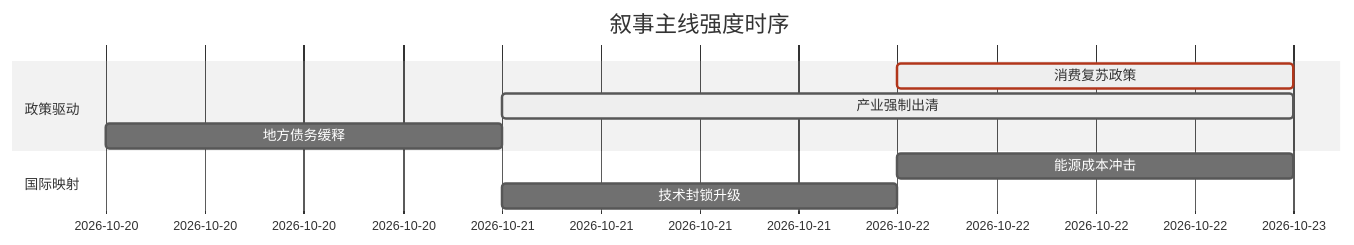
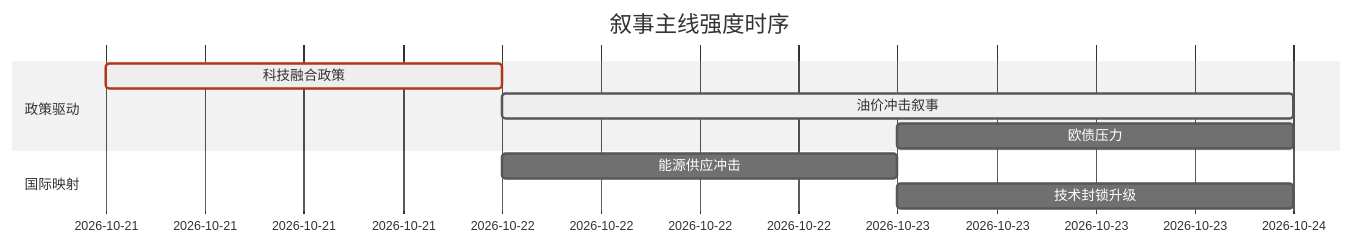
The diagram in 5day_report.md (uu5zn/uu5zn.github.io), drawn with Mermaid (neutral theme) before and after one commit. The commit also changed other lines of this file and 23 other files, not shown here.

````diff
--- a/5day_report.md
+++ b/5day_report.md
@@ -43,13 +49,13 @@
 ```mermaid
 gantt
     title 叙事主线强度时序
     dateFormat  YYYY-MM-DD
     section 政策驱动
-    消费复苏政策   :crit, active, 2026-10-22, 1d
-    产业强制出清   :active, 2026-10-21, 2d
-    地方债务缓释   :2026-10-20, 1d
+    科技融合政策   :crit, active, 2026-10-21, 1d
+    油价冲击叙事   :active, 2026-10-22, 2d
+    欧债压力   :2026-10-23, 1d
     
     section 国际映射
-    能源成本冲击   :2026-10-22, 1d
-    技术封锁升级   :2026-10-21, 1d
+    能源供应冲击   :2026-10-22, 1d
+    技术封锁升级   :2026-10-23, 1d
 ```
````
